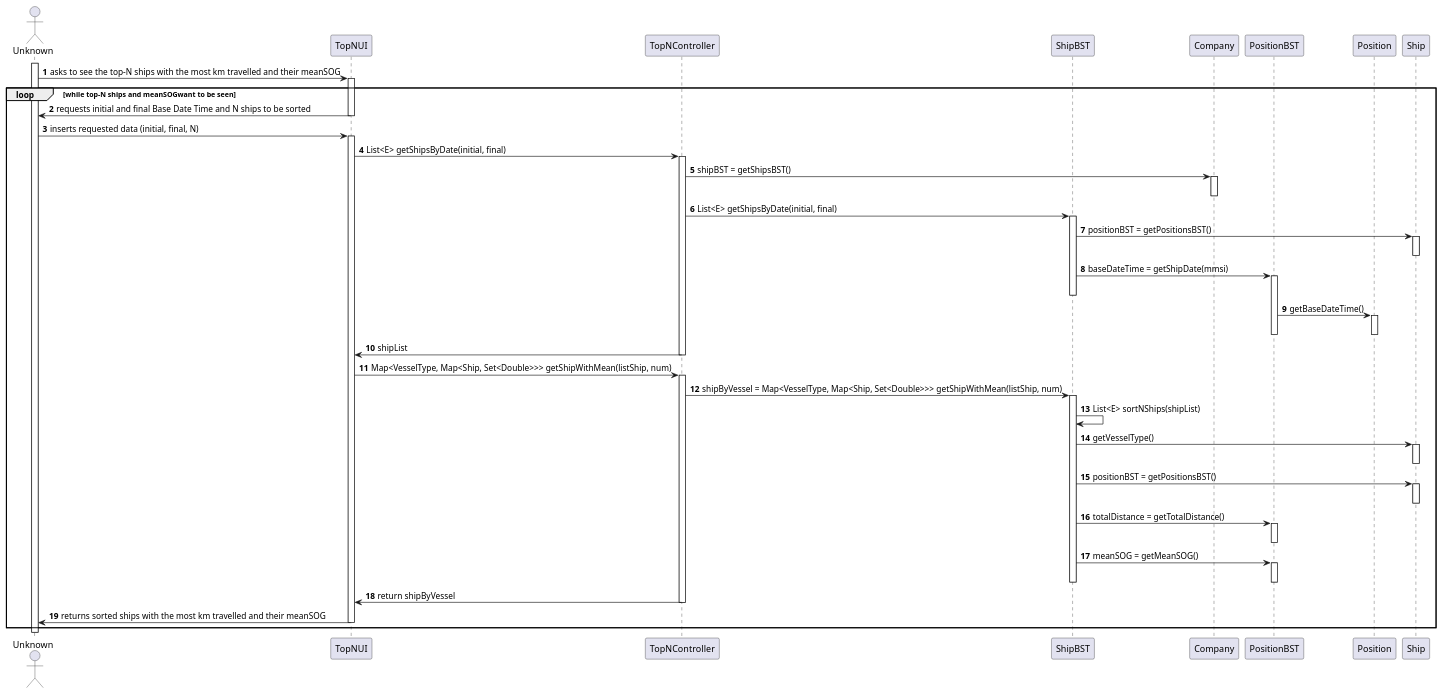
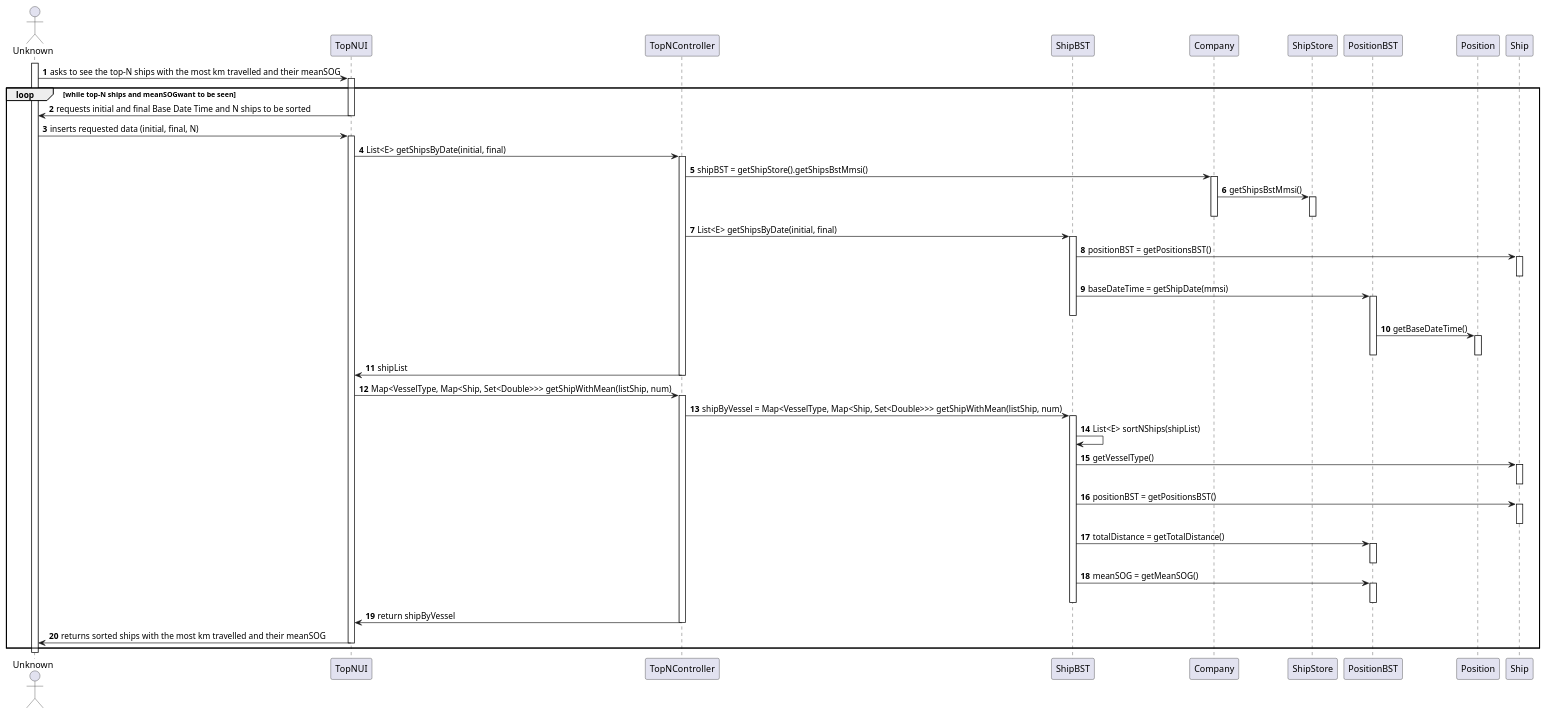
The diagram in docs/US106/US106_SD.puml (ana-albergaria/LAPR3-ISEP), drawn with PlantUML before and after one commit. The commit also changed 4 other files, not shown here.

```diff
--- a/docs/US106/US106_SD.puml
+++ b/docs/US106/US106_SD.puml
@@ -1,74 +1,78 @@
 @startuml
 autonumber
 'hide footbox
 actor "Unknown" as ADM
 
 participant "TopNUI" as UI
 participant "TopNController" as CTRL
 participant "ShipBST" as STORE
 participant "Company" as COMP
+participant "ShipStore" as SHSTR
 participant "PositionBST" as BST
 participant "Position" as POS
 participant "Ship" as SHIP
 
 
 activate ADM
 ADM -> UI : asks to see the top-N ships with the most km travelled and their meanSOG
 activate UI
 loop while top-N ships and meanSOGwant to be seen
 UI -> ADM : requests initial and final Base Date Time and N ships to be sorted
 deactivate UI
 
 ADM -> UI : inserts requested data (initial, final, N)
 activate UI
 UI -> CTRL : List<E> getShipsByDate(initial, final)
 activate CTRL
-CTRL -> COMP : shipBST = getShipsBST()
-activate COMP
-deactivate COMP
+CTRL -> COMP : shipBST = getShipStore().getShipsBstMmsi()
+        activate COMP
+        COMP -> SHSTR : getShipsBstMmsi()
+        activate SHSTR
+        deactivate SHSTR
+        deactivate COMP
 CTRL -> STORE : List<E> getShipsByDate(initial, final)
 activate STORE
 STORE -> SHIP : positionBST = getPositionsBST()
 
 activate SHIP
 deactivate SHIP
 STORE -> BST : baseDateTime = getShipDate(mmsi)
 activate BST
 deactivate STORE
 BST -> POS : getBaseDateTime()
 activate POS
 deactivate BST
 deactivate POS
 
 CTRL -> UI : shipList
 deactivate CTRL
 
 UI -> CTRL : Map<VesselType, Map<Ship, Set<Double>>> getShipWithMean(listShip, num)
 activate CTRL
 CTRL -> STORE : shipByVessel = Map<VesselType, Map<Ship, Set<Double>>> getShipWithMean(listShip, num)
 activate STORE
 STORE -> STORE : List<E> sortNShips(shipList)
 STORE -> SHIP : getVesselType()
 activate SHIP
 deactivate SHIP
 
 STORE -> SHIP : positionBST = getPositionsBST()
 activate SHIP
 deactivate SHIP
 
 STORE -> BST : totalDistance = getTotalDistance()
 activate BST
 deactivate BST
 
 STORE -> BST : meanSOG = getMeanSOG()
 activate BST
 deactivate BST
 deactivate STORE
 CTRL -> UI : return shipByVessel
 deactivate CTRL
 UI -> ADM : returns sorted ships with the most km travelled and their meanSOG
 deactivate UI
 end
 deactivate ADM
 
 @enduml
```
